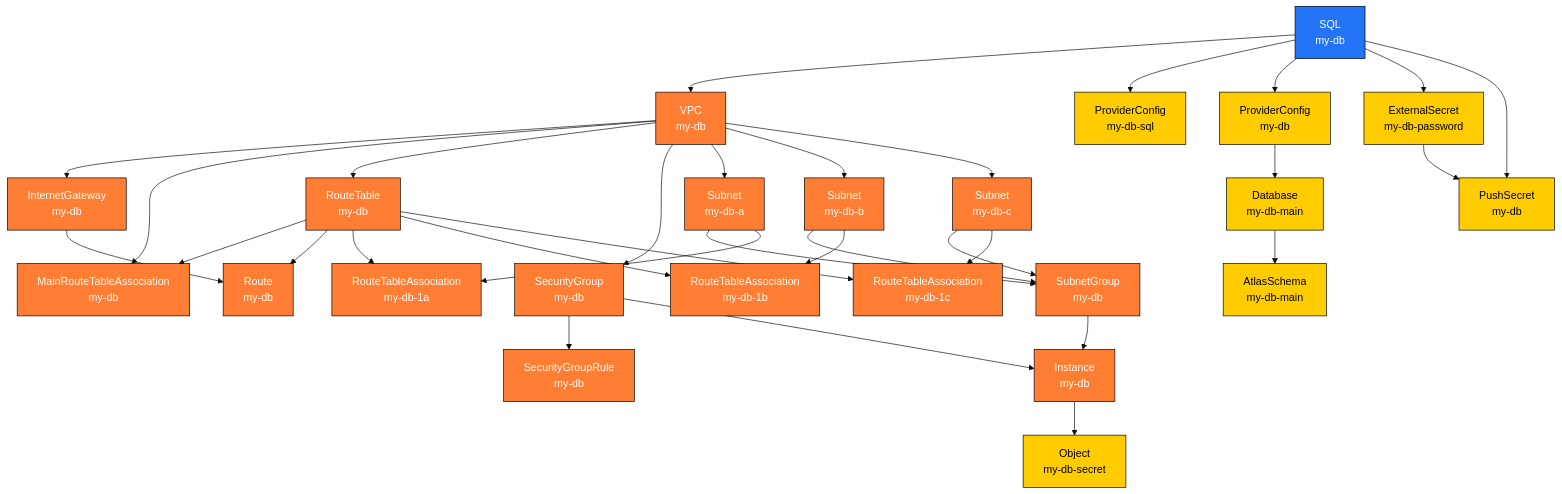
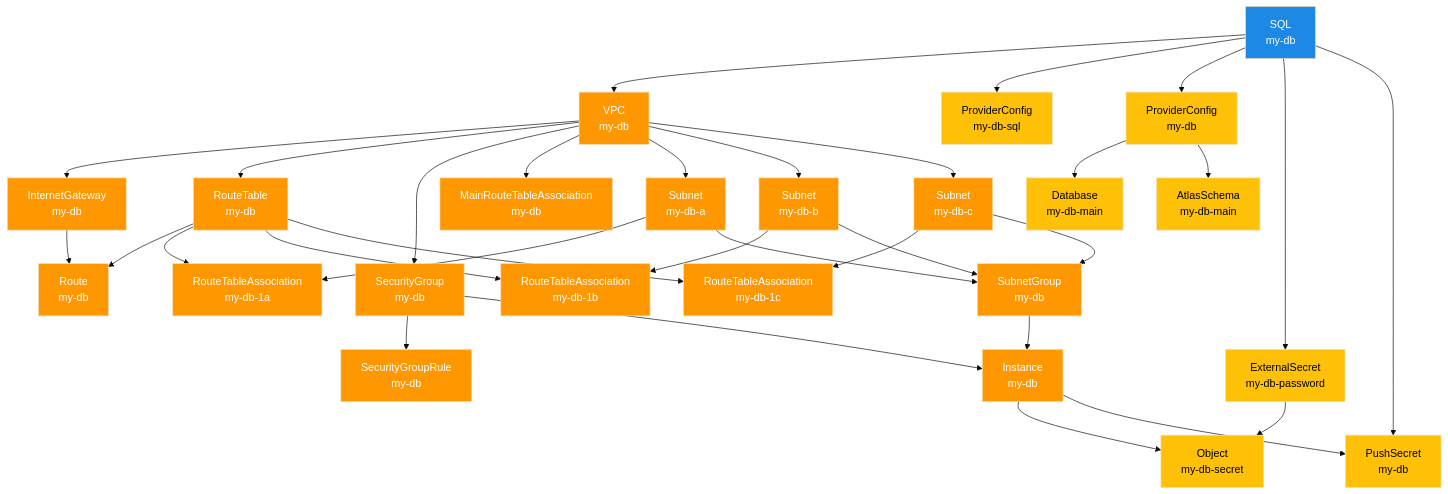
The diagram in examples/aws-eso-diag.md (vfarcic/crossplane-sql), drawn with Mermaid (base theme) before and after one commit.

Commit message:
Diagrams

````diff
--- a/examples/aws-eso-diag.md
+++ b/examples/aws-eso-diag.md
@@ -41,106 +41,97 @@
 ```mermaid
 graph TD
-    %% Composite Resource
-    A["SQL<br>my-db"]
-    
-    %% AWS Resources
-    B["InternetGateway<br>my-db"]
-    C["MainRouteTableAssociation<br>my-db"]
-    D["RouteTable<br>my-db"]
-    E["Route<br>my-db"]
-    F["SecurityGroupRule<br>my-db"]
-    G["SecurityGroup<br>my-db"]
-    H["VPC<br>my-db"]
-    I["SubnetGroup<br>my-db"]
-    J["Instance<br>my-db"]
-    
-    %% Subnets & Route Table Associations
-    K1["Subnet<br>my-db-a"]
-    K2["Subnet<br>my-db-b"]
-    K3["Subnet<br>my-db-c"]
-    L1["RouteTableAssociation<br>my-db-1a"]
-    L2["RouteTableAssociation<br>my-db-1b"]
-    L3["RouteTableAssociation<br>my-db-1c"]
-    
-    %% Other Resources
-    M["Object<br>my-db-secret"]
-    N["ProviderConfig<br>my-db-sql"]
-    O["ProviderConfig<br>my-db"]
-    P["Database<br>my-db-main"]
-    Q["ExternalSecret<br>my-db-password"]
-    R["PushSecret<br>my-db"]
-    S["AtlasSchema<br>my-db-main"]
 
-    %% Relationships - only showing parent-child relationships
-    A --> H
-    A --> N
-    A --> O
-    A --> Q
-    A --> R
-    
-    %% Resources with matchControllerRef
-    H --> B
-    H --> C
-    H --> D
-    H --> G
-    H --> K1
-    H --> K2
-    H --> K3
-    
-    G --> F
-    
-    D --> C
-    D --> E
-    D --> L1
-    D --> L2
-    D --> L3
-    
-    K1 --> I
-    K2 --> I
-    K3 --> I
-    
-    I --> J
-    G --> J
-    
-    %% Other specific relationships
-    B --> E
-    
-    K1 --> L1
-    K2 --> L2
-    K3 --> L3
-    
-    %% Functional relationships
-    O --> P
-    P --> S
-    Q --> R
-    J --> M
+%% Style definitions
+classDef blue fill:#1e88e5,color:white
+classDef orange fill:#ff9800,color:white
+classDef yellow fill:#ffc107,color:black
 
-    %% Styling
-    style A fill:#2374f7,stroke:#000,stroke-width:1px,color:white
-    
-    %% AWS resources (orange)
-    style B fill:#ff7e33,stroke:#000,stroke-width:1px,color:white
-    style C fill:#ff7e33,stroke:#000,stroke-width:1px,color:white
-    style D fill:#ff7e33,stroke:#000,stroke-width:1px,color:white
-    style E fill:#ff7e33,stroke:#000,stroke-width:1px,color:white
-    style F fill:#ff7e33,stroke:#000,stroke-width:1px,color:white
-    style G fill:#ff7e33,stroke:#000,stroke-width:1px,color:white
-    style H fill:#ff7e33,stroke:#000,stroke-width:1px,color:white
-    style I fill:#ff7e33,stroke:#000,stroke-width:1px,color:white
-    style J fill:#ff7e33,stroke:#000,stroke-width:1px,color:white
-    style K1 fill:#ff7e33,stroke:#000,stroke-width:1px,color:white
-    style K2 fill:#ff7e33,stroke:#000,stroke-width:1px,color:white
-    style K3 fill:#ff7e33,stroke:#000,stroke-width:1px,color:white
-    style L1 fill:#ff7e33,stroke:#000,stroke-width:1px,color:white
-    style L2 fill:#ff7e33,stroke:#000,stroke-width:1px,color:white
-    style L3 fill:#ff7e33,stroke:#000,stroke-width:1px,color:white
-    
-    %% Other resources (yellow)
-    style M fill:#ffcc00,stroke:#000,stroke-width:1px,color:black
-    style N fill:#ffcc00,stroke:#000,stroke-width:1px,color:black
-    style O fill:#ffcc00,stroke:#000,stroke-width:1px,color:black
-    style P fill:#ffcc00,stroke:#000,stroke-width:1px,color:black
-    style Q fill:#ffcc00,stroke:#000,stroke-width:1px,color:black
-    style R fill:#ffcc00,stroke:#000,stroke-width:1px,color:black
-    style S fill:#ffcc00,stroke:#000,stroke-width:1px,color:black
+%% Composite Resource
+SQL["SQL<br>my-db"]
+class SQL blue
+
+%% AWS Resources - Main Infrastructure
+VPC["VPC<br>my-db"]
+IGW["InternetGateway<br>my-db"]
+RouteTable["RouteTable<br>my-db"]
+Route["Route<br>my-db"]
+SecurityGroup["SecurityGroup<br>my-db"]
+SecurityGroupRule["SecurityGroupRule<br>my-db"]
+MainRouteTableAssociation["MainRouteTableAssociation<br>my-db"]
+
+%% AWS Resources - Subnets
+SubnetA["Subnet<br>my-db-a"]
+SubnetB["Subnet<br>my-db-b"]
+SubnetC["Subnet<br>my-db-c"]
+
+%% AWS Resources - Route Associations
+RouteTableAssocA["RouteTableAssociation<br>my-db-1a"]
+RouteTableAssocB["RouteTableAssociation<br>my-db-1b"]
+RouteTableAssocC["RouteTableAssociation<br>my-db-1c"]
+
+%% AWS Resources - Database
+SubnetGroup["SubnetGroup<br>my-db"]
+RDSInstance["Instance<br>my-db"]
+
+%% Non-AWS Resources - Providers
+KubernetesProviderConfig["ProviderConfig<br>my-db-sql"]
+PostgreSQLProviderConfig["ProviderConfig<br>my-db"]
+
+%% Non-AWS Resources - Database and Schema
+PostgreSQLDatabase["Database<br>my-db-main"]
+AtlasSchema["AtlasSchema<br>my-db-main"]
+
+%% Non-AWS Resources - Secrets
+ExternalSecretPassword["ExternalSecret<br>my-db-password"]
+PushSecret["PushSecret<br>my-db"]
+K8sObject["Object<br>my-db-secret"]
+
+%% Main resource hierarchy
+SQL --> VPC
+SQL --> KubernetesProviderConfig
+SQL --> PostgreSQLProviderConfig
+SQL --> ExternalSecretPassword
+SQL --> PushSecret
+
+%% VPC and networking resources
+VPC --> IGW
+VPC --> RouteTable
+VPC --> SecurityGroup
+VPC --> MainRouteTableAssociation
+VPC --> SubnetA
+VPC --> SubnetB
+VPC --> SubnetC
+
+RouteTable --> Route
+RouteTable --> RouteTableAssocA
+RouteTable --> RouteTableAssocB
+RouteTable --> RouteTableAssocC
+
+IGW --> Route
+
+SubnetA --> RouteTableAssocA
+SubnetB --> RouteTableAssocB
+SubnetC --> RouteTableAssocC
+
+%% RDS and Subnet relationships
+SubnetA --> SubnetGroup
+SubnetB --> SubnetGroup
+SubnetC --> SubnetGroup
+
+SecurityGroup --> SecurityGroupRule
+SecurityGroup --> RDSInstance
+SubnetGroup --> RDSInstance
+
+%% Database objects relationships
+PostgreSQLProviderConfig --> PostgreSQLDatabase
+PostgreSQLProviderConfig --> AtlasSchema
+
+%% Secret management
+RDSInstance --> K8sObject
+ExternalSecretPassword --> K8sObject
+RDSInstance --> PushSecret
+
+%% Apply styles
+class VPC,IGW,RouteTable,MainRouteTableAssociation,Route,SecurityGroup,SecurityGroupRule,SubnetA,SubnetB,SubnetC,RouteTableAssocA,RouteTableAssocB,RouteTableAssocC,SubnetGroup,RDSInstance orange
+class KubernetesProviderConfig,PostgreSQLProviderConfig,PostgreSQLDatabase,ExternalSecretPassword,PushSecret,AtlasSchema,K8sObject yellow
 ```
````
